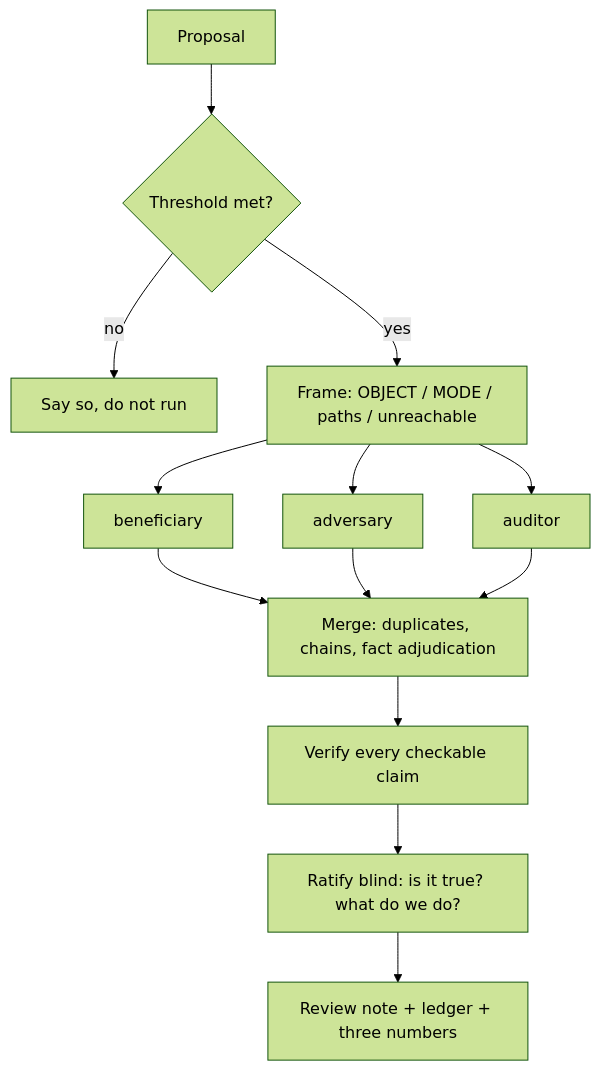
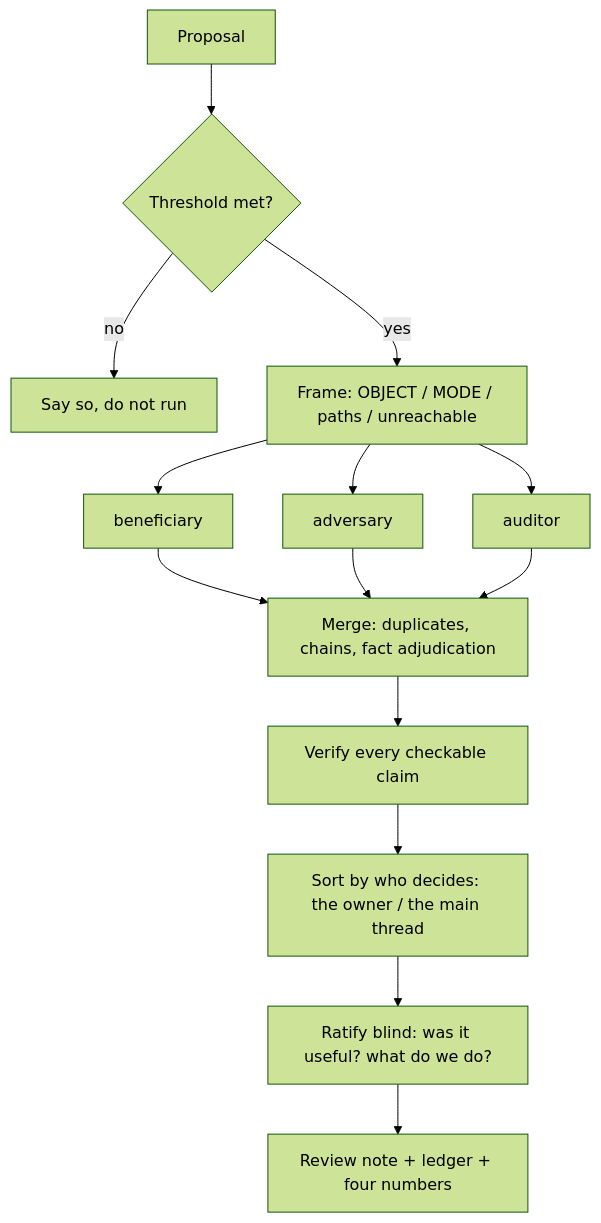
The diagram in README.md (KirillMaksimov/kai-critic), drawn with Mermaid (forest theme) before and after one commit. The commit also changed other lines of this file and 8 other files, not shown here.

````diff
--- a/README.md
+++ b/README.md
@@ -28,15 +28,16 @@
 ```mermaid
 flowchart TD
     P[Proposal] --> G{Threshold met?}
     G -->|no| STOP[Say so, do not run]
     G -->|yes| F[Frame: OBJECT / MODE / paths / unreachable]
     F --> L1[beneficiary]
     F --> L2[adversary]
     F --> L3[auditor]
     L1 --> M[Merge: duplicates, chains, fact adjudication]
     L2 --> M
     L3 --> M
     M --> V[Verify every checkable claim]
-    V --> R[Ratify blind: is it true? what do we do?]
-    R --> LAND[Review note + ledger + three numbers]
+    V --> S[Sort by who decides: the owner / the main thread]
+    S --> R[Ratify blind: was it useful? what do we do?]
+    R --> LAND[Review note + ledger + four numbers]
 ```
````
